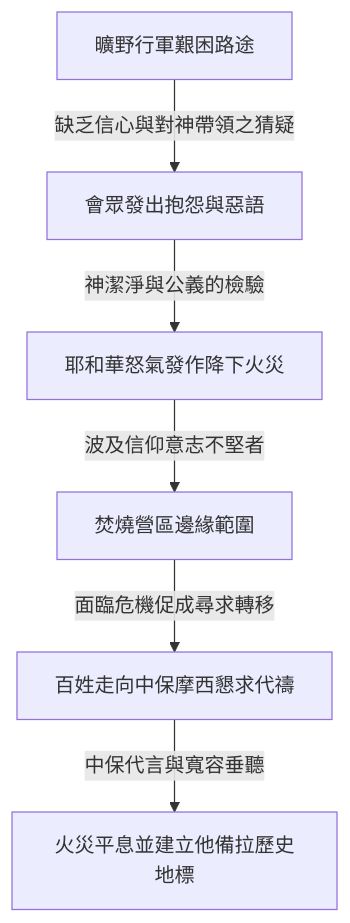
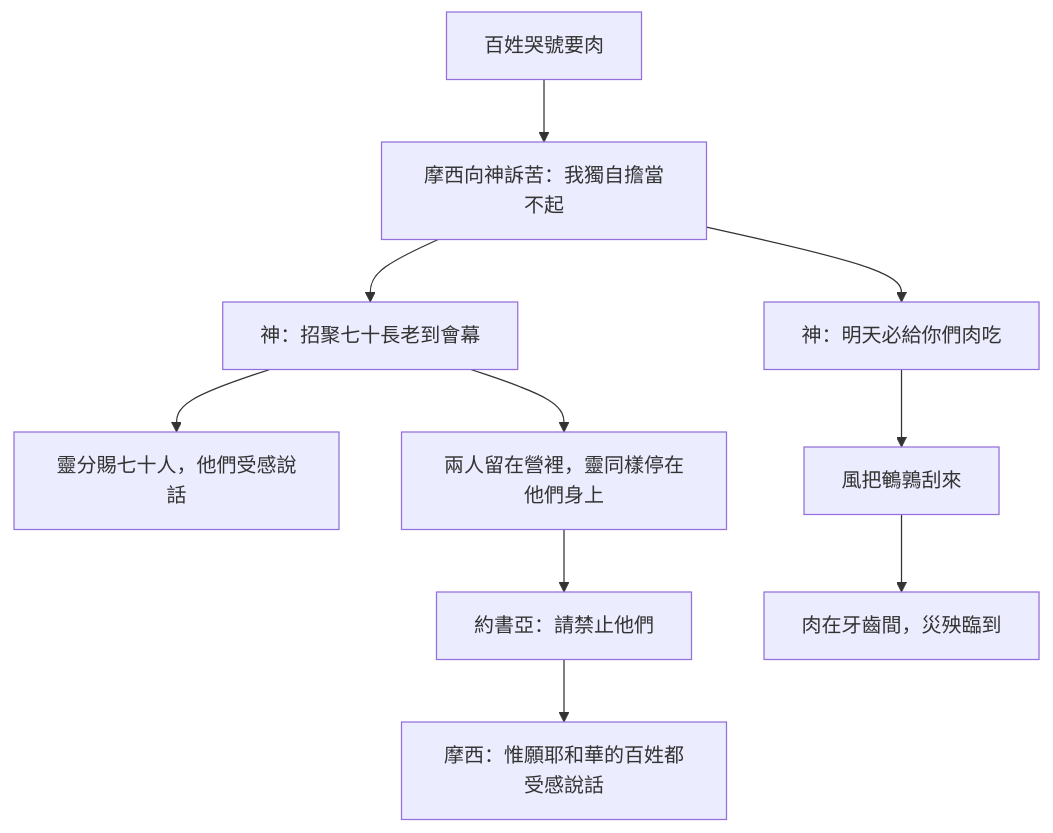
Before and after one commit to andyjr5566/Bible_wiki_zh_website: the second of 2 diagrams in content/04 民數記/第11章.md, drawn with Mermaid. The commit also changed other lines of this file and 517 other files, not shown here.

````diff
--- a/content/04 民數記/第11章.md
+++ b/content/04 民數記/第11章.md
@@ -94,8 +170,12 @@
 ```mermaid
 flowchart TD
-    A["曠野行軍艱困路途"] -->|缺乏信心與對神帶領之猜疑| B["會眾發出抱怨與惡語"]
-    B -->|神潔淨與公義的檢驗| C["耶和華怒氣發作降下火災"]
-    C -->|波及信仰意志不堅者| D["焚燒營區邊緣範圍"]
-    D -->|面臨危機促成尋求轉移| E["百姓走向中保摩西懇求代禱"]
-    E -->|中保代言與寬容垂聽| F["火災平息並建立他備拉歷史地標"]
+    A["百姓哭號要肉"] --> B["摩西向神訴苦：我獨自擔當不起"]
+    B --> C["神：招聚七十長老到會幕"]
+    C --> D["靈分賜七十人，他們受感說話"]
+    C --> E["兩人留在營裡，靈同樣停在他們身上"]
+    E --> F["約書亞：請禁止他們"]
+    F --> G["摩西：惟願耶和華的百姓都受感說話"]
+    B --> H["神：明天必給你們肉吃"]
+    H --> I["風把鵪鶉刮來"]
+    I --> J["肉在牙齒間，災殃臨到"]
 ```
````
